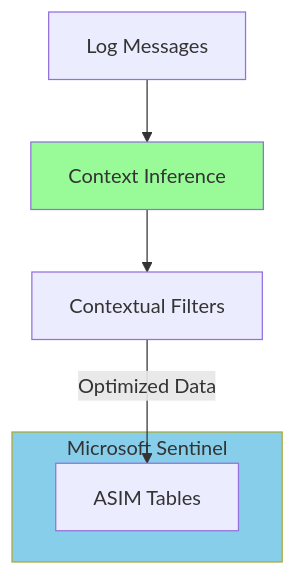
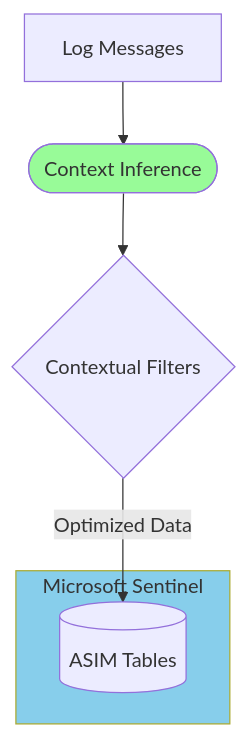
One commit to VirtualMetric/virtualmetric-docs changed the seventh of 7 diagrams in docs/README.mdx. Above: the diagram before and after it, drawn with Mermaid. The commit also changed other lines of this file and 10 other files, not shown here.

````diff
--- a/docs/README.mdx
+++ b/docs/README.mdx
@@ -202,14 +202,14 @@
 ```mermaid
 graph TD
-    Log[Log Messages] --> Context[Context Inference]
-    Context --> Filter[Contextual Filters]
+    Log[Log Messages] --> Context([Context Inference])
+    Context --> Filter{Contextual Filters}
     
     subgraph Sentinel[Microsoft Sentinel]
-        ASIM[ASIM Tables]
+        ASIM[(ASIM Tables)]
     end
     
     Filter --> |Optimized Data| ASIM
     
     style Sentinel fill:#87CEEB
     style Context fill:#98FB98
 ```
````
